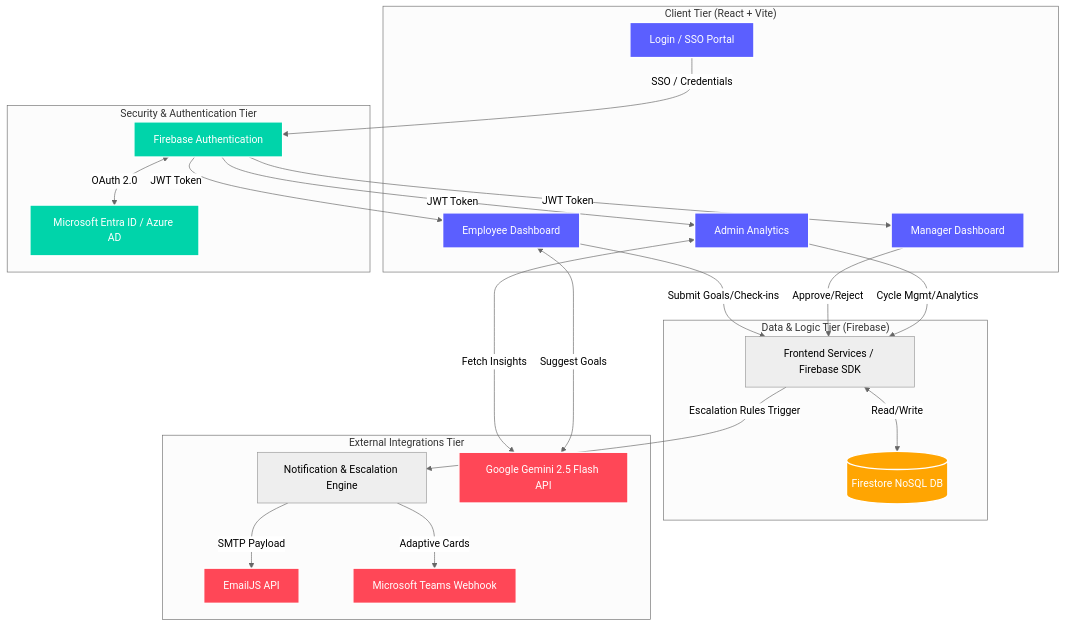
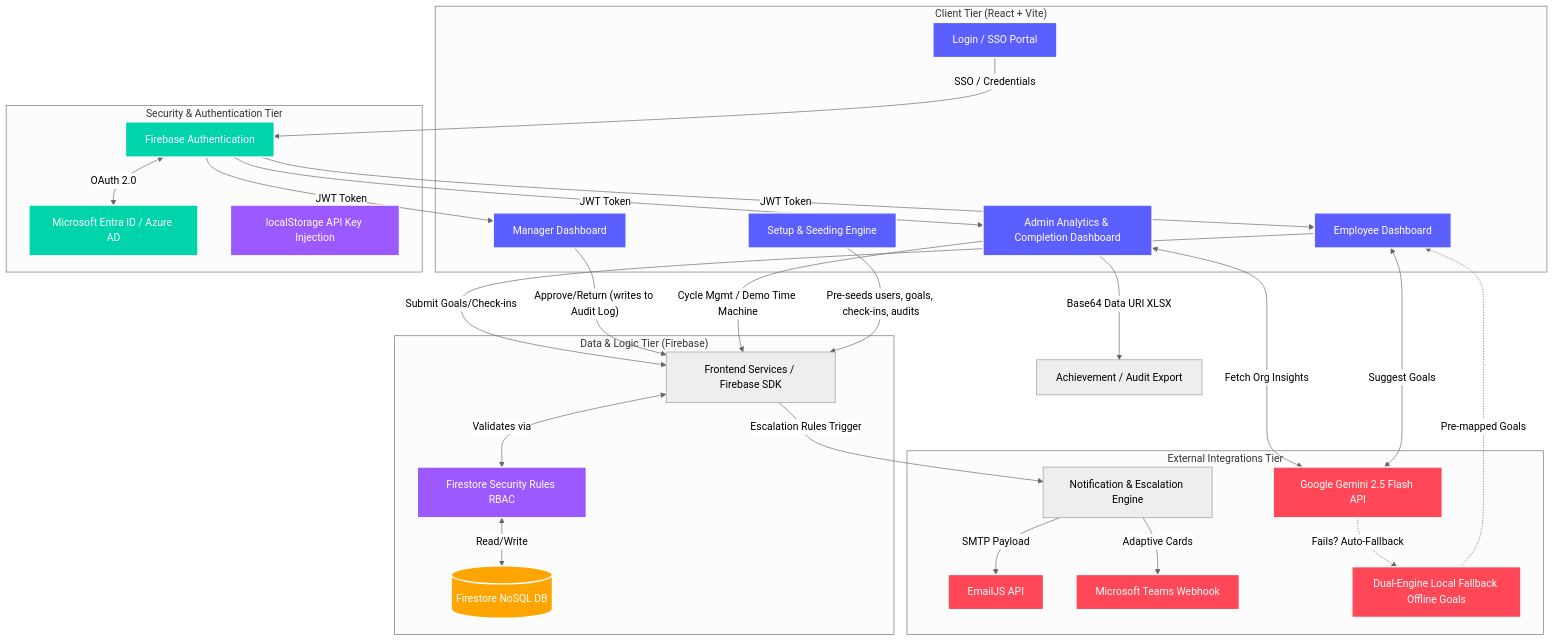
The diagram in ARCHITECTURE.md (Naren-bit/Nexus-Performance-Platform), drawn with Mermaid (neutral theme) before and after one commit. The commit also changed other lines of this file, not shown here.

Commit message:
docs: Update architecture diagram with recent features and fixes

````diff
--- a/ARCHITECTURE.md
+++ b/ARCHITECTURE.md
@@ -6,62 +6,75 @@
 ```mermaid
 graph TD
     %% User Interfaces
     subgraph "Client Tier (React + Vite)"
         UI_Login[Login / SSO Portal]
         UI_Emp[Employee Dashboard]
         UI_Mgr[Manager Dashboard]
-        UI_Admin[Admin Analytics]
+        UI_Admin[Admin Analytics & Completion Dashboard]
+        SetupScript[Setup & Seeding Engine]
     end
 
     %% Routing & Auth
     UI_Login --> |"SSO / Credentials"| Auth_Layer
 
     subgraph "Security & Authentication Tier"
         Auth_Layer[Firebase Authentication]
         Entra_ID[Microsoft Entra ID / Azure AD]
+        APIKeyStorage[localStorage API Key Injection]
         Auth_Layer <--> |"OAuth 2.0"| Entra_ID
     end
 
     %% State and Logic
     Auth_Layer --> |"JWT Token"| UI_Emp
     Auth_Layer --> |"JWT Token"| UI_Mgr
     Auth_Layer --> |"JWT Token"| UI_Admin
 
     %% Core Application Logic
     UI_Emp --> |"Submit Goals/Check-ins"| AppLogic
-    UI_Mgr --> |"Approve/Reject"| AppLogic
-    UI_Admin --> |"Cycle Mgmt/Analytics"| AppLogic
+    UI_Mgr --> |"Approve/Return (writes to Audit Log)"| AppLogic
+    UI_Admin --> |"Cycle Mgmt / Demo Time Machine"| AppLogic
+    SetupScript --> |"Pre-seeds users, goals, check-ins, audits"| AppLogic
 
     subgraph "Data & Logic Tier (Firebase)"
         AppLogic[Frontend Services / Firebase SDK]
+        FirestoreSec[Firestore Security Rules RBAC]
         Firestore[(Firestore NoSQL DB)]
         
-        AppLogic <--> |"Read/Write"| Firestore
+        AppLogic <--> |"Validates via"| FirestoreSec
+        FirestoreSec <--> |"Read/Write"| Firestore
     end
 
     %% Event Triggers and Integrations
     AppLogic --> |"Escalation Rules Trigger"| NotificationEngine
 
     subgraph "External Integrations Tier"
         NotificationEngine[Notification & Escalation Engine]
         EmailJS[EmailJS API]
         MSTeams[Microsoft Teams Webhook]
         GeminiAI[Google Gemini 2.5 Flash API]
+        LocalFallback[Dual-Engine Local Fallback Offline Goals]
         
         NotificationEngine --> |"SMTP Payload"| EmailJS
         NotificationEngine --> |"Adaptive Cards"| MSTeams
-        UI_Admin <--> |"Fetch Insights"| GeminiAI
+        UI_Admin <--> |"Fetch Org Insights"| GeminiAI
         UI_Emp <--> |"Suggest Goals"| GeminiAI
+        GeminiAI -.-> |"Fails? Auto-Fallback"| LocalFallback
+        LocalFallback -.-> |"Pre-mapped Goals"| UI_Emp
     end
+
+    %% Export
+    UI_Admin --> |"Base64 Data URI XLSX"| ExportReport[Achievement / Audit Export]
 
     %% Styling
     classDef primary fill:#5B5FFF,stroke:#fff,stroke-width:2px,color:#fff;
     classDef secondary fill:#00D4AA,stroke:#fff,stroke-width:2px,color:#fff;
     classDef external fill:#FF4757,stroke:#fff,stroke-width:2px,color:#fff;
     classDef db fill:#FFA502,stroke:#fff,stroke-width:2px,color:#fff;
+    classDef security fill:#9B59FF,stroke:#fff,stroke-width:2px,color:#fff;
 
-    class UI_Login,UI_Emp,UI_Mgr,UI_Admin primary;
+    class UI_Login,UI_Emp,UI_Mgr,UI_Admin,SetupScript primary;
     class Auth_Layer,Entra_ID secondary;
-    class EmailJS,MSTeams,GeminiAI external;
+    class EmailJS,MSTeams,GeminiAI,LocalFallback external;
     class Firestore db;
+    class FirestoreSec,APIKeyStorage security;
 ```
````
